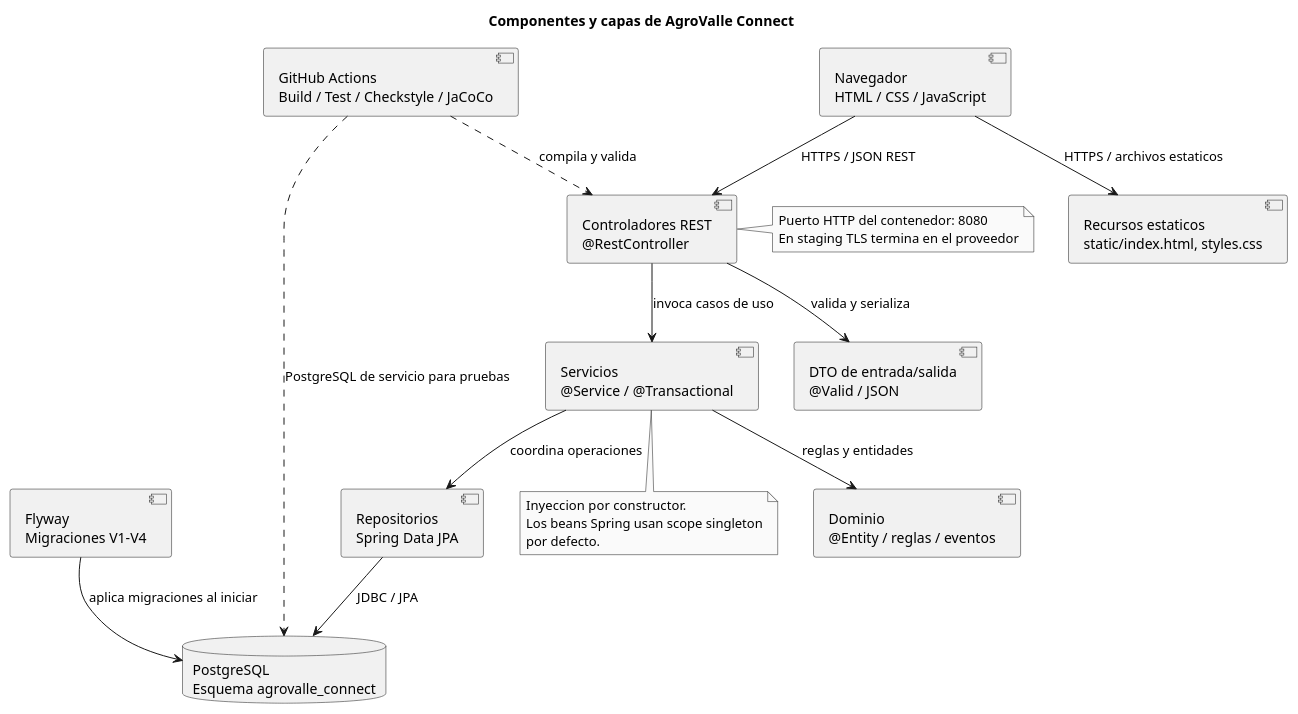
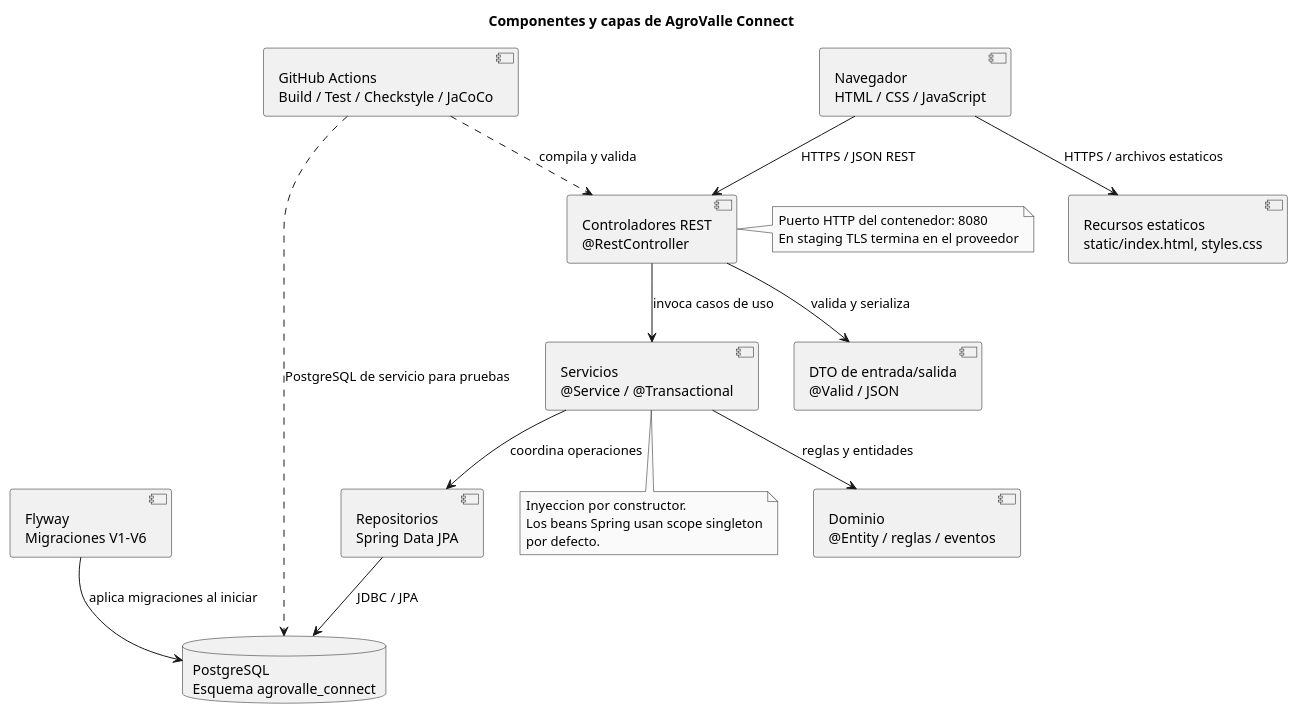
Before and after one commit to santixit/agrovalle-connect: the diagram in docs/diseno/diagrama-componentes.puml, drawn with PlantUML. The commit also changed 278 other files, not shown here.

```diff
--- a/docs/diseno/diagrama-componentes.puml
+++ b/docs/diseno/diagrama-componentes.puml
@@ -1,39 +1,39 @@
 @startuml AgroValle_Componentes
 skinparam componentStyle uml2
 skinparam monochrome true
 skinparam shadowing false
 title Componentes y capas de AgroValle Connect
 
 component "Navegador\nHTML / CSS / JavaScript" as Browser
 component "Recursos estaticos\nstatic/index.html, styles.css" as Web
 component "Controladores REST\n@RestController" as Controllers
 component "DTO de entrada/salida\n@Valid / JSON" as DTO
 component "Servicios\n@Service / @Transactional" as Services
 component "Dominio\n@Entity / reglas / eventos" as Domain
 component "Repositorios\nSpring Data JPA" as Repositories
 database "PostgreSQL\nEsquema agrovalle_connect" as DB
-component "Flyway\nMigraciones V1-V4" as Flyway
+component "Flyway\nMigraciones V1-V6" as Flyway
 component "GitHub Actions\nBuild / Test / Checkstyle / JaCoCo" as CI
 
 Browser --> Web : HTTPS / archivos estaticos
 Browser --> Controllers : HTTPS / JSON REST
 Controllers --> DTO : valida y serializa
 Controllers --> Services : invoca casos de uso
 Services --> Domain : reglas y entidades
 Services --> Repositories : coordina operaciones
 Repositories --> DB : JDBC / JPA
 Flyway --> DB : aplica migraciones al iniciar
 CI ..> DB : PostgreSQL de servicio para pruebas
 CI ..> Controllers : compila y valida
 
 note right of Controllers
   Puerto HTTP del contenedor: 8080
   En staging TLS termina en el proveedor
 end note
 
 note bottom of Services
   Inyeccion por constructor.
   Los beans Spring usan scope singleton
   por defecto.
 end note
 @enduml
```
